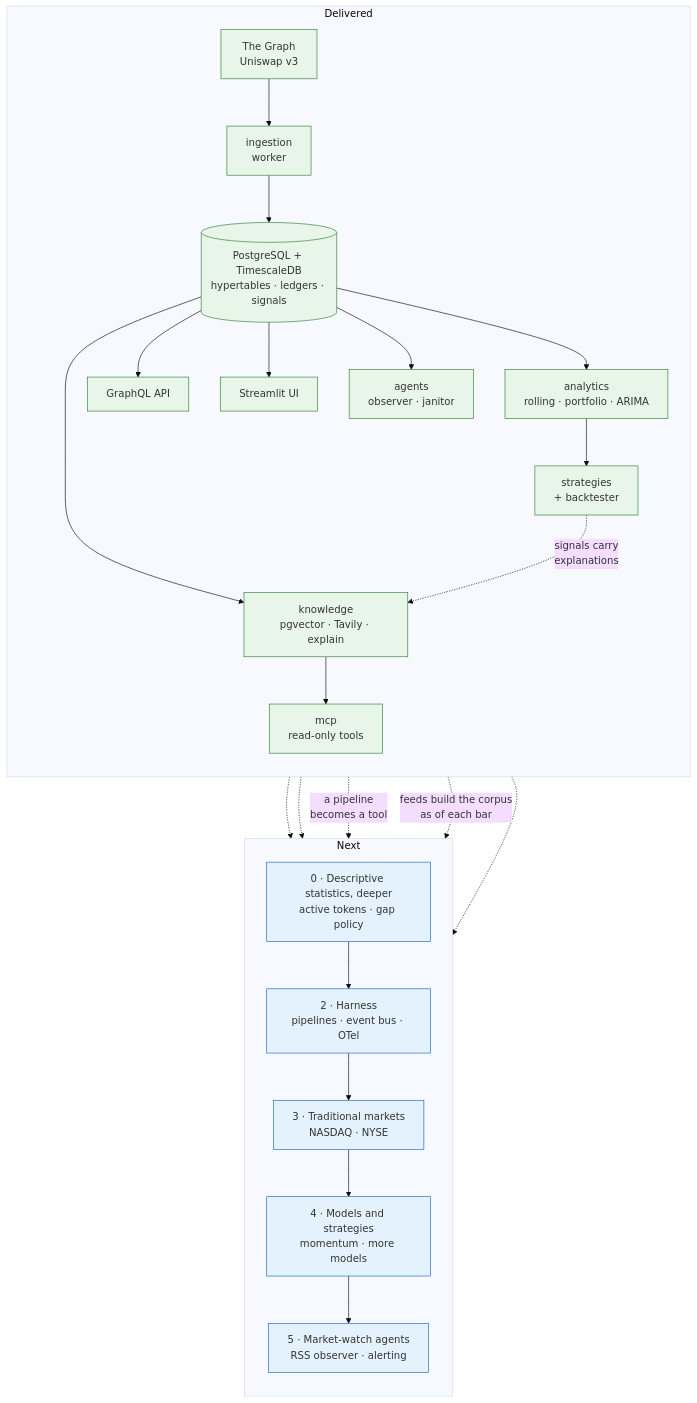
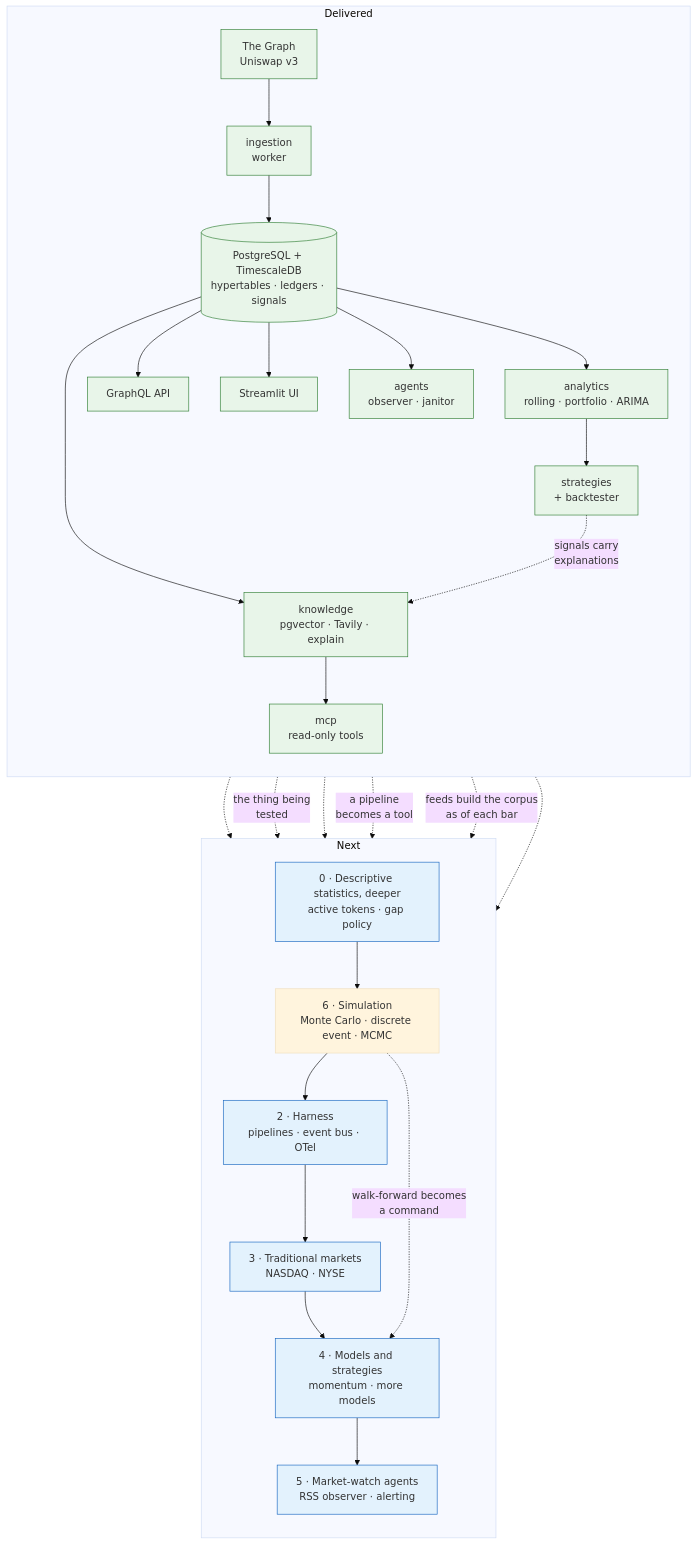
One commit to stamzid/candlegraph changed the diagram in docs/roadmap/DESIGN.md. Above: the diagram before and after it, drawn with Mermaid (base theme). The commit also changed other lines of this file and 14 other files, not shown here.

````diff
--- a/docs/roadmap/DESIGN.md
+++ b/docs/roadmap/DESIGN.md
@@ -41,37 +47,40 @@
 ```mermaid
 flowchart TB
   subgraph built["Delivered"]
     direction TB
     G["The Graph<br/>Uniswap v3"] --> ING["ingestion<br/>worker"]
     ING --> DB[("PostgreSQL + TimescaleDB<br/>hypertables · ledgers · signals")]
     DB --> AN["analytics<br/>rolling · portfolio · ARIMA"]
     AN --> ST["strategies<br/>+ backtester"]
     DB --> API["GraphQL API"]
     DB --> UI["Streamlit UI"]
     DB --> AG["agents<br/>observer · janitor"]
     DB --> KG["knowledge<br/>pgvector · Tavily · explain"]
     KG --> MCP["mcp<br/>read-only tools"]
   end
 
   subgraph next["Next"]
     direction TB
     DS["0 · Descriptive statistics, deeper<br/>active tokens · gap policy"]
+    SIM["6 · Simulation<br/>Monte Carlo · discrete event · MCMC"]
     H["2 · Harness<br/>pipelines · event bus · OTel"]
     TM["3 · Traditional markets<br/>NASDAQ · NYSE"]
     MS["4 · Models and strategies<br/>momentum · more models"]
     MA["5 · Market-watch agents<br/>RSS observer · alerting"]
-    DS --> H --> TM --> MS --> MA
+    DS --> SIM --> H --> TM --> MS --> MA
   end
 
   AN -.-> DS
+  ST -.->|"the thing being<br/>tested"| SIM
+  SIM -.->|"walk-forward becomes<br/>a command"| MS
   ST -.->|"signals carry<br/>explanations"| KG
   ING -.-> H
   MCP -.->|"a pipeline<br/>becomes a tool"| H
   KG -.->|"feeds build the corpus<br/>as of each bar"| MA
   AG -.-> MA
 
   classDef done fill:#e8f5e9,stroke:#2e7d32
   classDef todo fill:#e3f2fd,stroke:#1565c0
   class G,ING,DB,AN,ST,API,UI,AG,KG,MCP done
   class DS,H,TM,MS,MA todo
 ```
````
